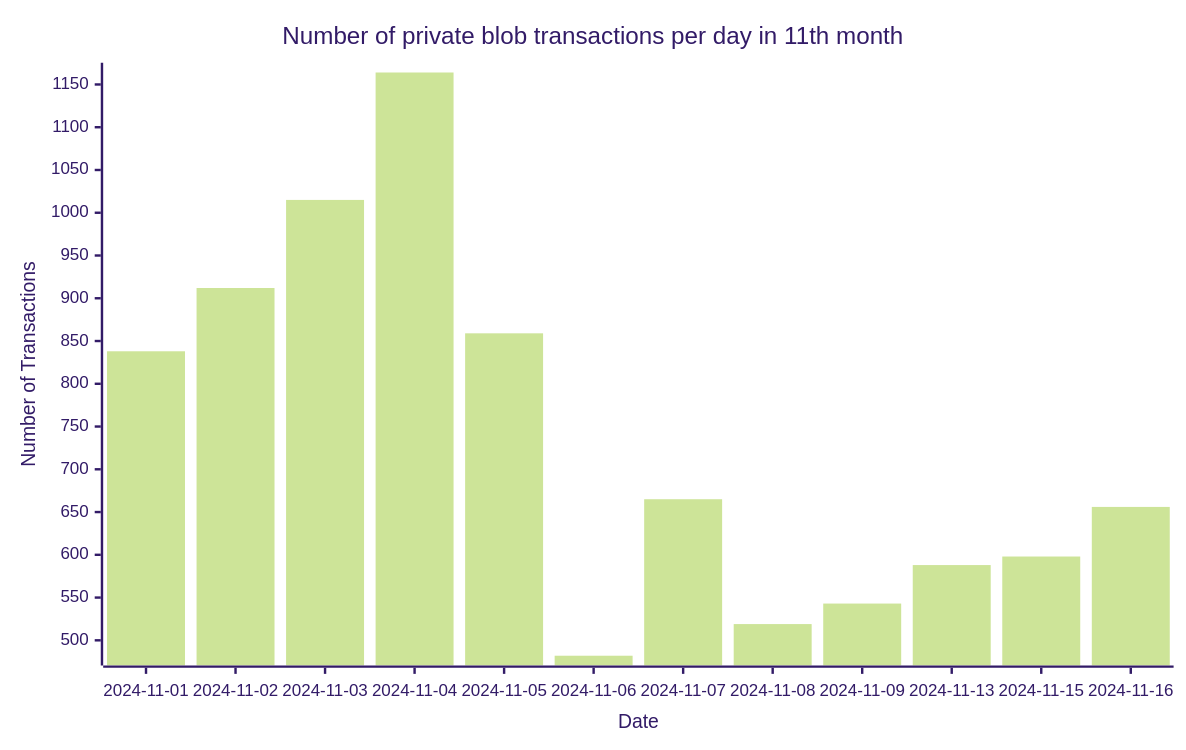
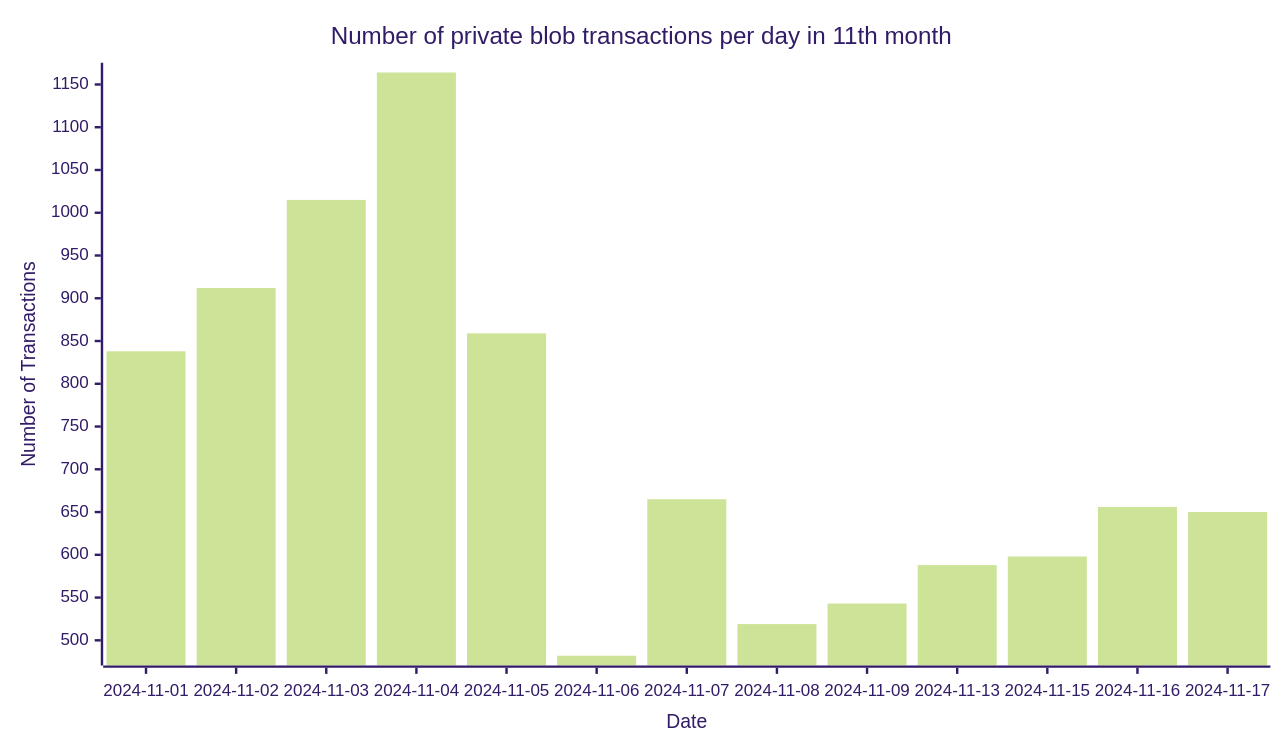
The ninth of 9 diagrams in README.md (Amit0617/eip4844-data), drawn with Mermaid (forest theme) before and after one commit. The commit also changed 1 other file, not shown here.

````diff
--- a/README.md
+++ b/README.md
@@ -105,12 +105,12 @@
 ```mermaid
 ---
 config:
     xyChart:
-        width: 960
+        width: 1040
         height: 600
 ---
 xychart-beta title "Number of private blob transactions per day in 11th month"
-x-axis "Date" [2024-11-01,2024-11-02,2024-11-03,2024-11-04,2024-11-05,2024-11-06,2024-11-07,2024-11-08,2024-11-09,2024-11-13,2024-11-15,2024-11-16]
+x-axis "Date" [2024-11-01,2024-11-02,2024-11-03,2024-11-04,2024-11-05,2024-11-06,2024-11-07,2024-11-08,2024-11-09,2024-11-13,2024-11-15,2024-11-16,2024-11-17]
 y-axis "Number of Transactions"
-bar[838,912,1015,1164,859,482,665,519,543,588,598,656]
+bar[838,912,1015,1164,859,482,665,519,543,588,598,656,650]
 ```
````
